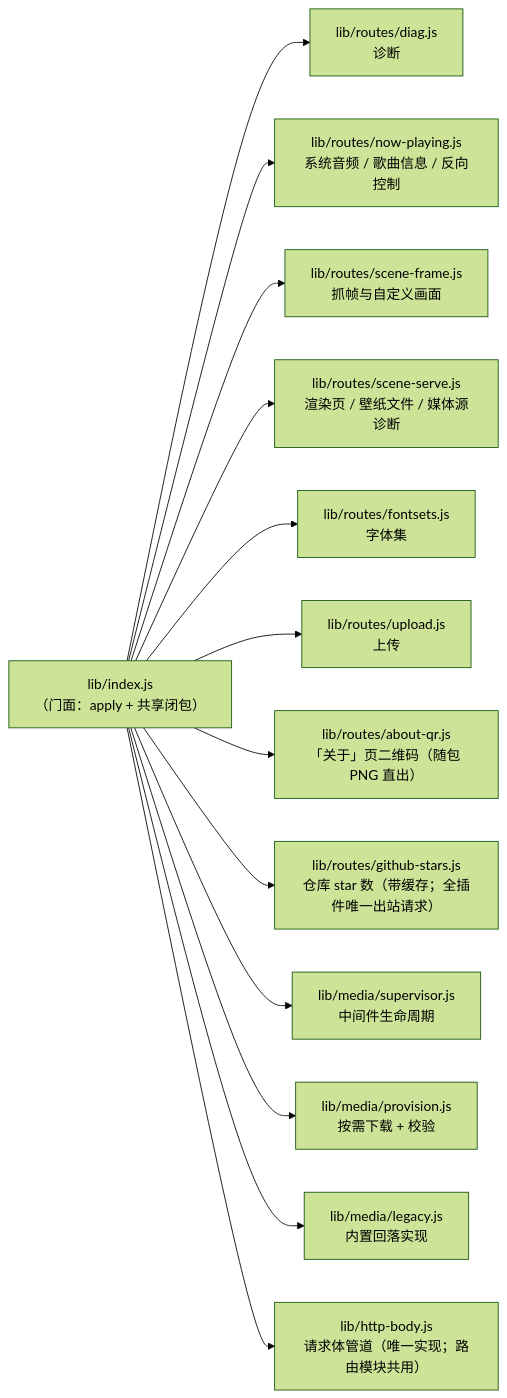
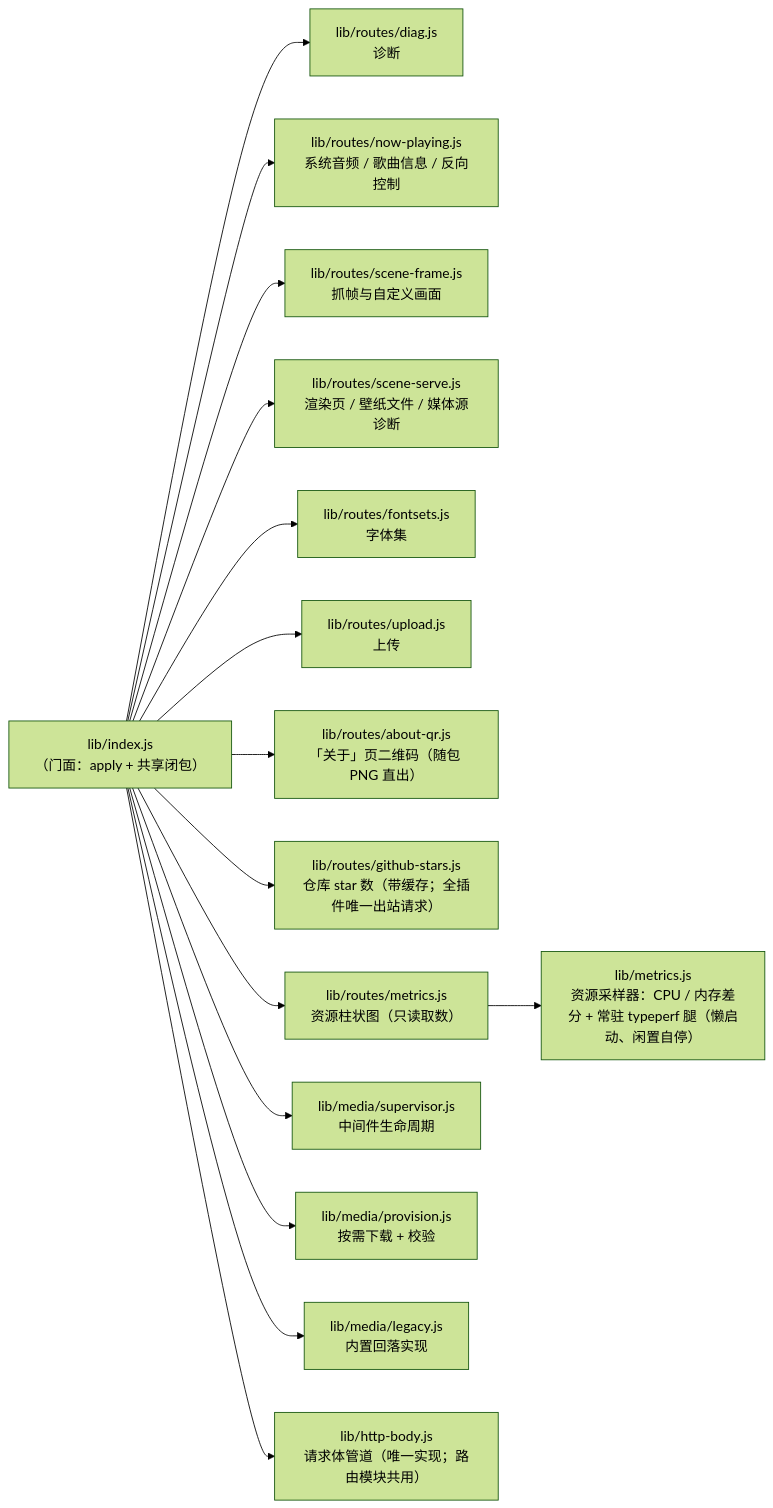
The second of 5 diagrams in docs/CODE-STRUCTURE.md (YV3507/dsh-wallpaper-engine), drawn with Mermaid (forest theme) before and after one commit. The commit also changed other lines of this file and 29 other files, not shown here.

````diff
--- a/docs/CODE-STRUCTURE.md
+++ b/docs/CODE-STRUCTURE.md
@@ -110,16 +110,18 @@
 ```mermaid
 graph LR
     IDX["lib/index.js<br/>（门面：apply + 共享闭包）"]
     IDX --> R1["lib/routes/diag.js<br/>诊断"]
     IDX --> R2["lib/routes/now-playing.js<br/>系统音频 / 歌曲信息 / 反向控制"]
     IDX --> R3["lib/routes/scene-frame.js<br/>抓帧与自定义画面"]
     IDX --> R4["lib/routes/scene-serve.js<br/>渲染页 / 壁纸文件 / 媒体源诊断"]
     IDX --> R5["lib/routes/fontsets.js<br/>字体集"]
     IDX --> R6["lib/routes/upload.js<br/>上传"]
     IDX --> R7["lib/routes/about-qr.js<br/>「关于」页二维码（随包 PNG 直出）"]
     IDX --> R8["lib/routes/github-stars.js<br/>仓库 star 数（带缓存；全插件唯一出站请求）"]
+    IDX --> R9["lib/routes/metrics.js<br/>资源柱状图（只读取数）"]
+    R9 --> M4["lib/metrics.js<br/>资源采样器：CPU / 内存差分 + 常驻 typeperf 腿（懒启动、闲置自停）"]
     IDX --> M1["lib/media/supervisor.js<br/>中间件生命周期"]
     IDX --> M2["lib/media/provision.js<br/>按需下载 + 校验"]
     IDX --> M3["lib/media/legacy.js<br/>内置回落实现"]
     IDX --> H1["lib/http-body.js<br/>请求体管道（唯一实现；路由模块共用）"]
 ```
````
